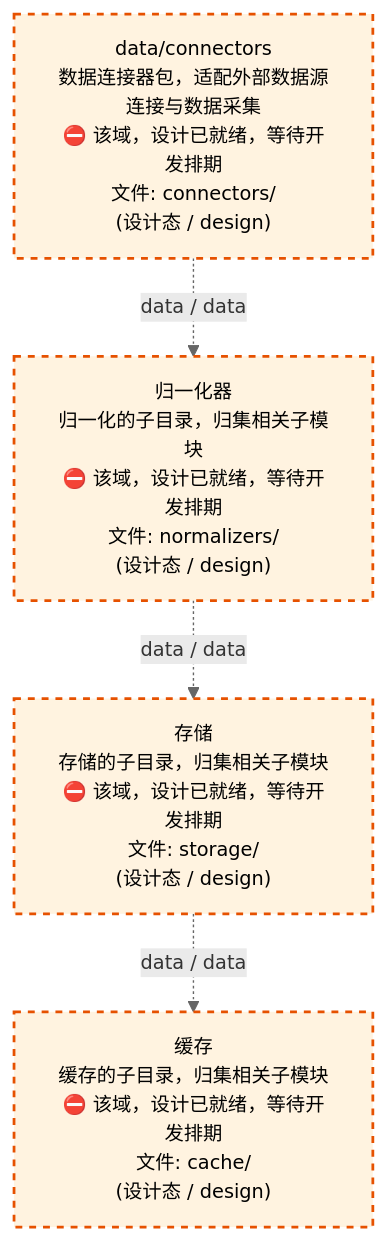
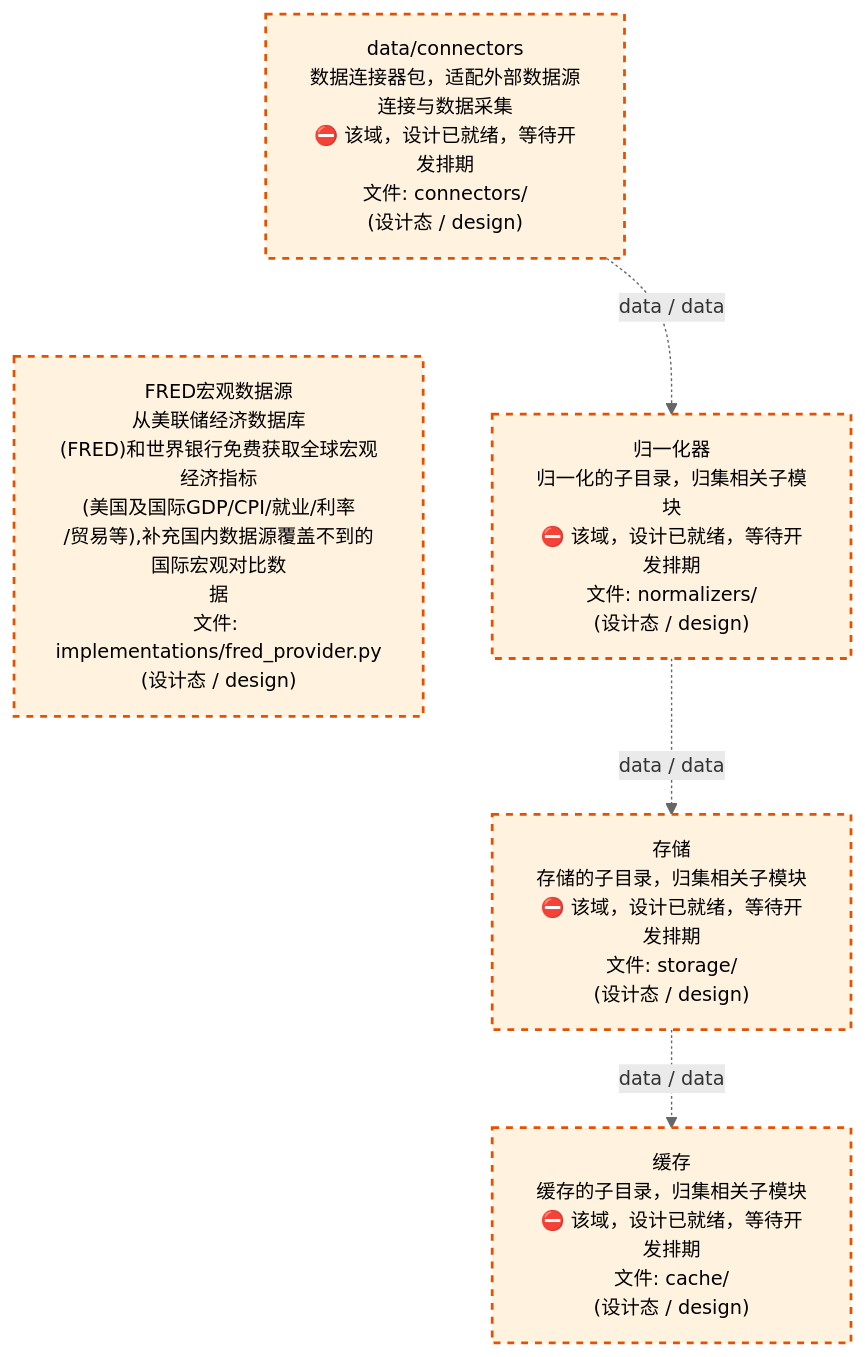
One commit to xuanFelixVan/ZephyrAlpha changed the third of 4 diagrams in docs/02_enterprise_architecture/02_domain_architecture_docs/11_d_data.md. Above: the diagram before and after it, drawn with Mermaid. The commit also changed other lines of this file and 56 other files, not shown here.

````diff
--- a/docs/02_enterprise_architecture/02_domain_architecture_docs/11_d_data.md
+++ b/docs/02_enterprise_architecture/02_domain_architecture_docs/11_d_data.md
@@ -1330,16 +1332,18 @@
 ```mermaid
 %%{init: {'theme': 'base', 'themeVariables': {'primaryColor': '#eaeaea', 'primaryTextColor': '#333333', 'primaryBorderColor': '#666666', 'lineColor': '#666666', 'secondaryColor': '#eaeaea', 'tertiaryColor': '#eaeaea', 'fontSize': '14px'}}}%%
 flowchart TD
     src_zephyr_data_connectors["data/connectors<br/>数据连接器包，适配外部数据源连接与数据采集<br/>⛔ 该域，设计已就绪，等待开发排期<br/>文件: connectors/<br/>(设计态 / design)"]
+    src_zephyr_data_implementations_fred_provider_py["FRED宏观数据源<br/>从美联储经济数据库<br/>(FRED)和世界银行免费获取全球宏观经济指标<br/>(美国及国际GDP/CPI/就业/利率<br/>/贸易等),补充国内数据源覆盖不到的国际宏观对比数<br/>据<br/>文件: implementations/fred_provider.py<br/>(设计态 / design)"]
+    src_zephyr_data_connectors ~~~ src_zephyr_data_implementations_fred_provider_py
     src_zephyr_data_normalizers["归一化器<br/>归一化的子目录，归集相关子模块<br/>⛔ 该域，设计已就绪，等待开发排期<br/>文件: normalizers/<br/>(设计态 / design)"]
     src_zephyr_data_storage["存储<br/>存储的子目录，归集相关子模块<br/>⛔ 该域，设计已就绪，等待开发排期<br/>文件: storage/<br/>(设计态 / design)"]
     src_zephyr_data_cache["缓存<br/>缓存的子目录，归集相关子模块<br/>⛔ 该域，设计已就绪，等待开发排期<br/>文件: cache/<br/>(设计态 / design)"]
     src_zephyr_data_connectors -.->|data / data| src_zephyr_data_normalizers
     src_zephyr_data_normalizers -.->|data / data| src_zephyr_data_storage
     src_zephyr_data_storage -.->|data / data| src_zephyr_data_cache
     classDef production fill:#e1f5fe,stroke:#01579b,stroke-width:2px,color:#000
     classDef design fill:#fff3e0,stroke:#e65100,stroke-width:2px,color:#000,stroke-dasharray: 5 5
     classDef external_prod fill:#e8f4fd,stroke:#0277bd,stroke-width:1px,color:#000
     classDef external_design fill:#fff8e7,stroke:#ef6c00,stroke-width:1px,color:#000,stroke-dasharray: 5 5
-    class src_zephyr_data_cache,src_zephyr_data_connectors,src_zephyr_data_normalizers,src_zephyr_data_storage design
+    class src_zephyr_data_cache,src_zephyr_data_connectors,src_zephyr_data_implementations_fred_provider_py,src_zephyr_data_normalizers,src_zephyr_data_storage design
 ```
````
